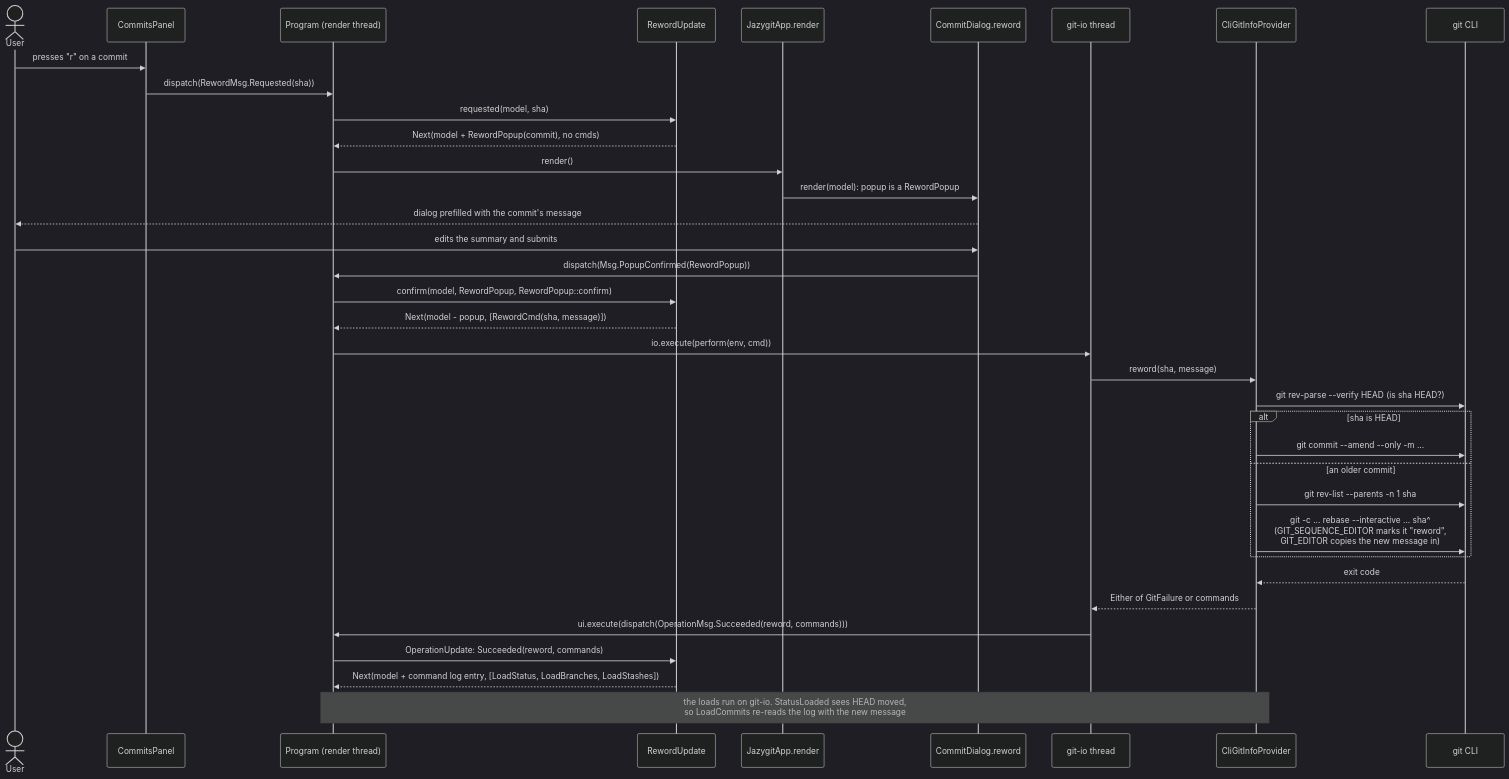
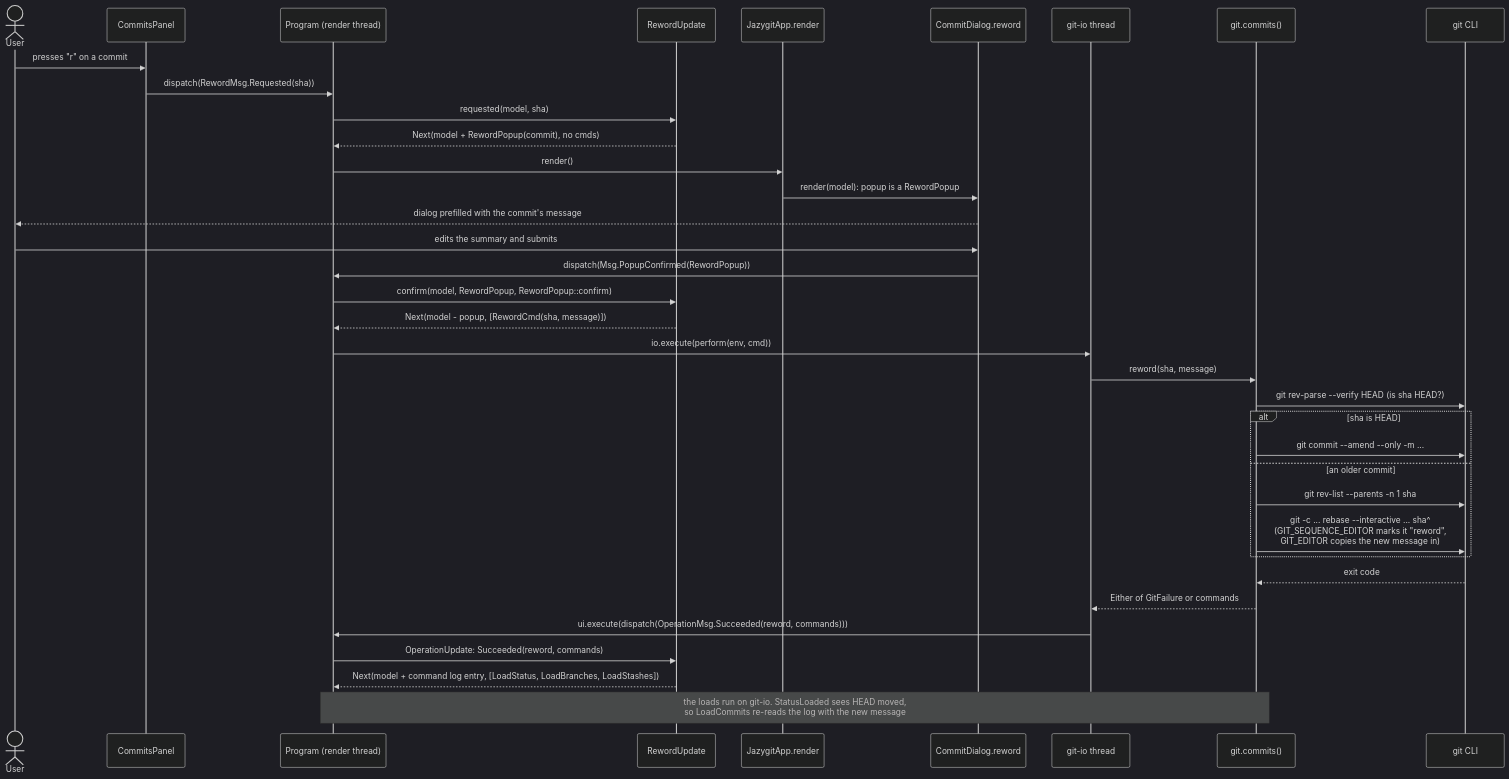
The sixth of 7 diagrams in ARCHITECTURE.md (cvanfleteren/jazygit), drawn with Mermaid (dark theme) before and after one commit. The commit also changed other lines of this file and 120 other files, not shown here.

````diff
--- a/ARCHITECTURE.md
+++ b/ARCHITECTURE.md
@@ -1069,42 +1063,42 @@
 ```mermaid
 sequenceDiagram
     actor User
     participant Panel as CommitsPanel
     participant Program as Program (render thread)
     participant Update as RewordUpdate
     participant App as JazygitApp.render
     participant Dialog as CommitDialog.reword
     participant IO as git-io thread
-    participant Provider as CliGitInfoProvider
+    participant Commits as git.commits()
     participant Git as git CLI
 
     User->>Panel: presses "r" on a commit
     Panel->>Program: dispatch(RewordMsg.Requested(sha))
     Program->>Update: requested(model, sha)
     Update-->>Program: Next(model + RewordPopup(commit), no cmds)
     Program->>App: render()
     App->>Dialog: render(model): popup is a RewordPopup
     Dialog-->>User: dialog prefilled with the commit's message
 
     User->>Dialog: edits the summary and submits
     Dialog->>Program: dispatch(Msg.PopupConfirmed(RewordPopup))
     Program->>Update: confirm(model, RewordPopup, RewordPopup::confirm)
     Update-->>Program: Next(model - popup, [RewordCmd(sha, message)])
     Program->>IO: io.execute(perform(env, cmd))
 
-    IO->>Provider: reword(sha, message)
-    Provider->>Git: git rev-parse --verify HEAD (is sha HEAD?)
+    IO->>Commits: reword(sha, message)
+    Commits->>Git: git rev-parse --verify HEAD (is sha HEAD?)
     alt sha is HEAD
-        Provider->>Git: git commit --amend --only -m ...
+        Commits->>Git: git commit --amend --only -m ...
     else an older commit
-        Provider->>Git: git rev-list --parents -n 1 sha
-        Provider->>Git: git -c ... rebase --interactive ... sha^<br/>(GIT_SEQUENCE_EDITOR marks it "reword",<br/>GIT_EDITOR copies the new message in)
+        Commits->>Git: git rev-list --parents -n 1 sha
+        Commits->>Git: git -c ... rebase --interactive ... sha^<br/>(GIT_SEQUENCE_EDITOR marks it "reword",<br/>GIT_EDITOR copies the new message in)
     end
-    Git-->>Provider: exit code
-    Provider-->>IO: Either of GitFailure or commands
+    Git-->>Commits: exit code
+    Commits-->>IO: Either of GitFailure or commands
     IO->>Program: ui.execute(dispatch(OperationMsg.Succeeded(reword, commands)))
 
     Program->>Update: OperationUpdate: Succeeded(reword, commands)
     Update-->>Program: Next(model + command log entry, [LoadStatus, LoadBranches, LoadStashes])
-    Note over Program,Provider: the loads run on git-io. StatusLoaded sees HEAD moved,<br/>so LoadCommits re-reads the log with the new message
+    Note over Program,Commits: the loads run on git-io. StatusLoaded sees HEAD moved,<br/>so LoadCommits re-reads the log with the new message
 ```
````
